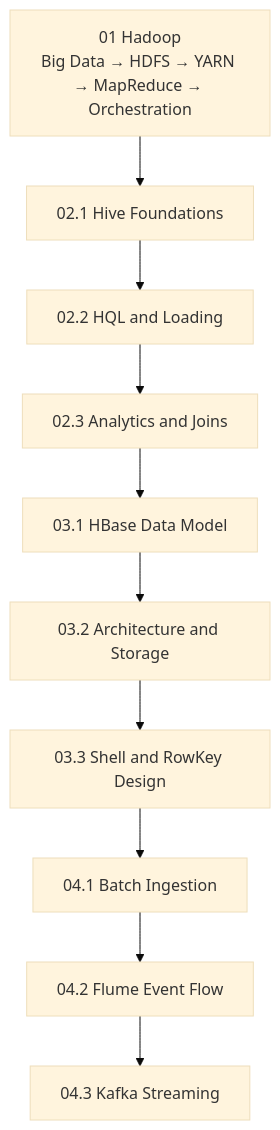
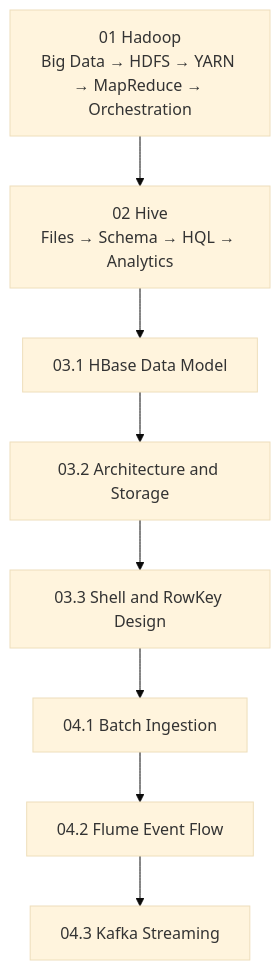
One commit to mdanmek/nida-dads-notes changed the diagram in dads6002-big-data-analytics/summary/00_readme.md. Above: the diagram before and after it, drawn with Mermaid (base theme). The commit also changed other lines of this file, not shown here.

Commit message:
update DADS6002 index for unified Hive chapter

````diff
--- a/dads6002-big-data-analytics/summary/00_readme.md
+++ b/dads6002-big-data-analytics/summary/00_readme.md
@@ -119,12 +113,10 @@
 ```mermaid
 flowchart TD
-    A["01 Hadoop<br/>Big Data → HDFS → YARN → MapReduce → Orchestration"] --> D["02.1 Hive Foundations"]
-    D --> F["02.2 HQL and Loading"]
-    F --> G["02.3 Analytics and Joins"]
+    A["01 Hadoop<br/>Big Data → HDFS → YARN → MapReduce → Orchestration"] --> G["02 Hive<br/>Files → Schema → HQL → Analytics"]
     G --> H["03.1 HBase Data Model"]
     H --> I["03.2 Architecture and Storage"]
     I --> J["03.3 Shell and RowKey Design"]
     J --> K["04.1 Batch Ingestion"]
     K --> L["04.2 Flume Event Flow"]
     L --> M["04.3 Kafka Streaming"]
 ```
````
